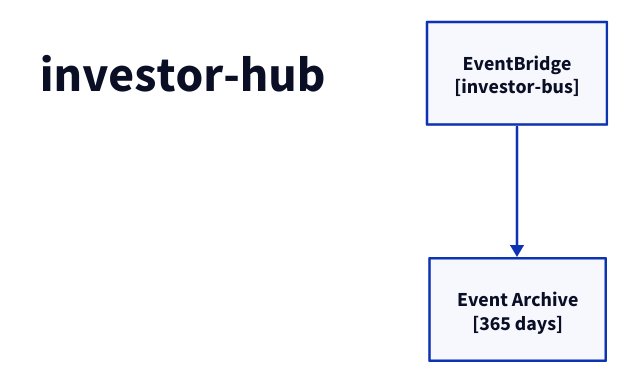
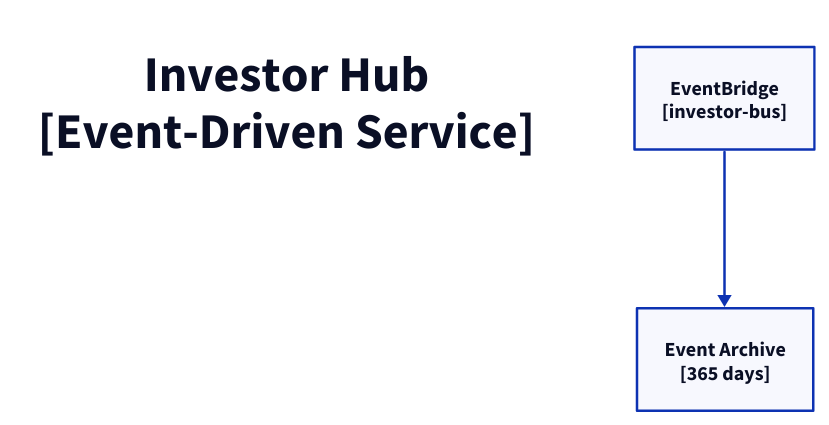
One commit to fabio-vitali/nestfolio changed the diagram in docs/architecture/c3/investor-hub.d2. Above: the diagram before and after it, drawn with D2. The commit also changed 71 other files, not shown here.

Commit message:
fix: regenerate C4 diagrams with semantic labels

```diff
--- a/docs/architecture/c3/investor-hub.d2
+++ b/docs/architecture/c3/investor-hub.d2
@@ -1,11 +1,11 @@
 direction: down
 
-title: "investor-hub" {
+title: "Investor Hub\n[Event-Driven Service]" {
   style: { font-size: 40; bold: true; fill: transparent; stroke: transparent }
 }
 
 investor-bus: "EventBridge\n[investor-bus]" { class: aws-eventbridge }
 archive: "Event Archive\n[365 days]" { class: aws-s3 }
 investor-bus -> archive
 
 # Flows
```
